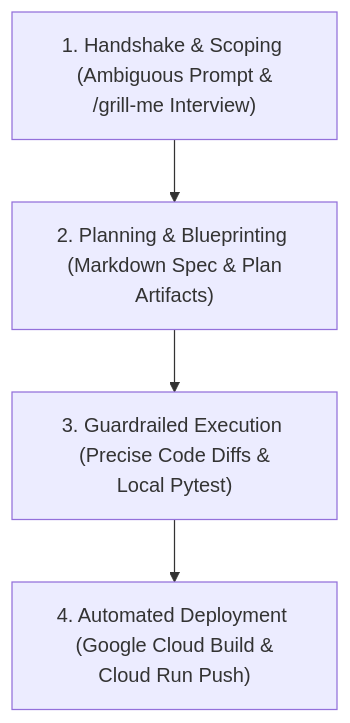
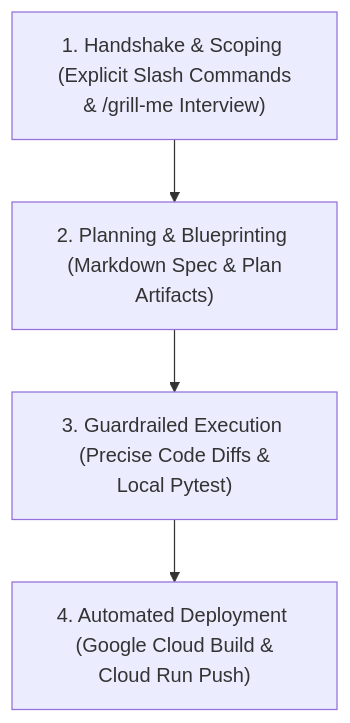
One commit to harshahosur81/summit26-demo changed the diagram in SCENARIOS.md. Above: the diagram before and after it, drawn with Mermaid. The commit also changed other lines of this file and 1 other file, not shown here.

Commit message:
docs: enrich playbook with explicit slash command triggers (/goal and /grill-me)

````diff
--- a/SCENARIOS.md
+++ b/SCENARIOS.md
@@ -11,6 +11,6 @@
 ```mermaid
 graph TD
-    A["1. Handshake & Scoping <br> (Ambiguous Prompt & /grill-me Interview)"] --> B["2. Planning & Blueprinting <br> (Markdown Spec & Plan Artifacts)"]
+    A["1. Handshake & Scoping <br> (Explicit Slash Commands & /grill-me Interview)"] --> B["2. Planning & Blueprinting <br> (Markdown Spec & Plan Artifacts)"]
     B --> C["3. Guardrailed Execution <br> (Precise Code Diffs & Local Pytest)"]
     C --> D["4. Automated Deployment <br> (Google Cloud Build & Cloud Run Push)"]
 ```
````
